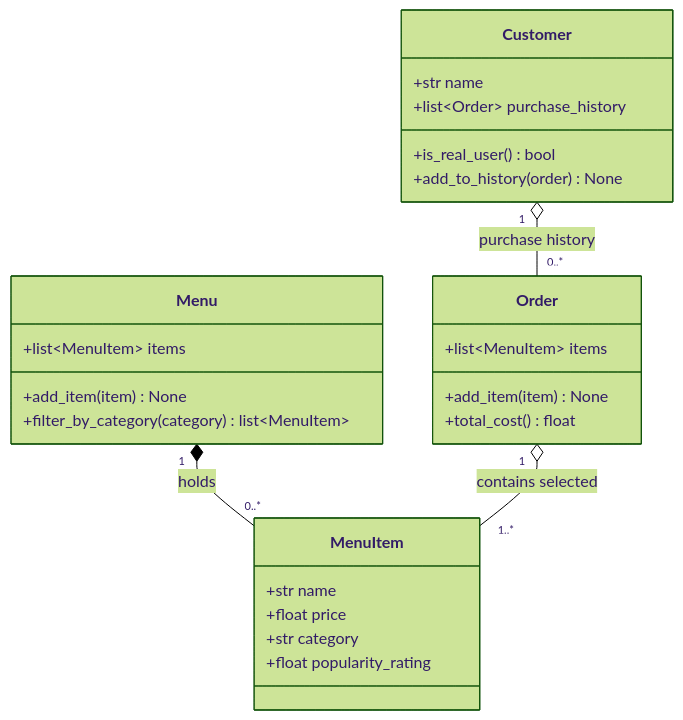
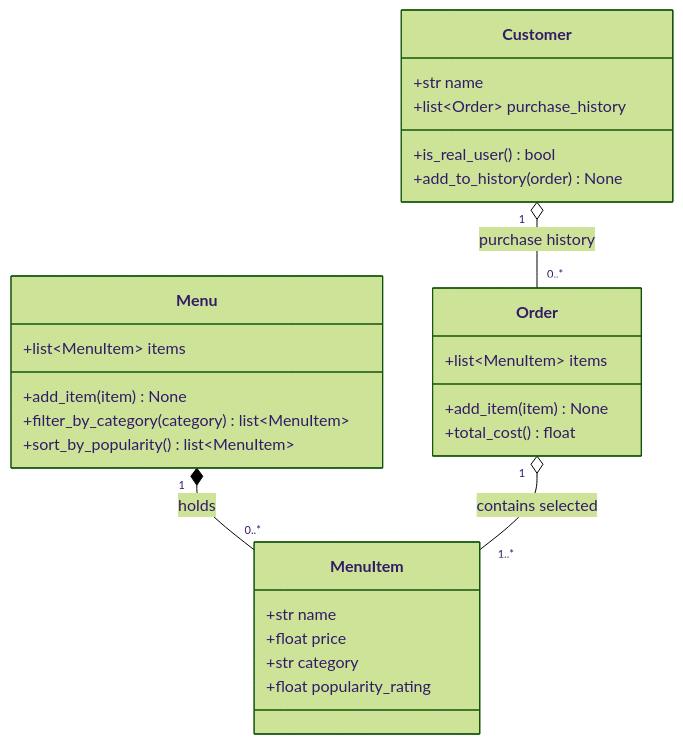
One commit to rahulkumargmu/codepath-week3-Assignment changed the diagram in bytebites_design.md. Above: the diagram before and after it, drawn with Mermaid (forest theme). The commit also changed other lines of this file and 1 other file, not shown here.

````diff
--- a/bytebites_design.md
+++ b/bytebites_design.md
@@ -9,32 +9,33 @@
 ```mermaid
 classDiagram
     class Customer {
         +str name
         +list~Order~ purchase_history
         +is_real_user() bool
         +add_to_history(order) None
     }
 
     class MenuItem {
         +str name
         +float price
         +str category
         +float popularity_rating
     }
 
     class Menu {
         +list~MenuItem~ items
         +add_item(item) None
         +filter_by_category(category) list~MenuItem~
+        +sort_by_popularity() list~MenuItem~
     }
 
     class Order {
         +list~MenuItem~ items
         +add_item(item) None
         +total_cost() float
     }
 
     Menu "1" *-- "0..*" MenuItem : holds
     Order "1" o-- "1..*" MenuItem : contains selected
     Customer "1" o-- "0..*" Order : purchase history
 ```
````
